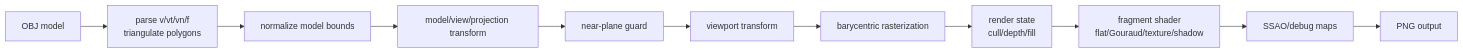
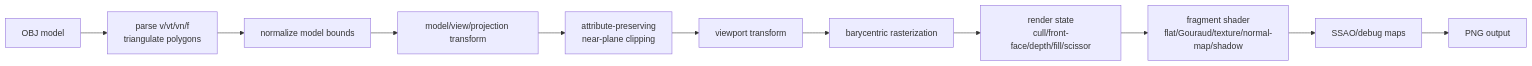
The diagram in docs/software-renderer.md (MysterionRise/octo-render), drawn with Mermaid before and after one commit. The commit also changed other lines of this file and 31 other files, not shown here.

````diff
--- a/docs/software-renderer.md
+++ b/docs/software-renderer.md
@@ -7,13 +7,13 @@
 ```mermaid
 flowchart LR
     OBJ["OBJ model"] --> Parse["parse v/vt/vn/f\ntriangulate polygons"]
     Parse --> Normalize["normalize model bounds"]
     Normalize --> Vertex["model/view/projection transform"]
-    Vertex --> Clip["near-plane guard"]
+    Vertex --> Clip["attribute-preserving\nnear-plane clipping"]
     Clip --> Viewport["viewport transform"]
     Viewport --> Raster["barycentric rasterization"]
-    Raster --> State["render state\ncull/depth/fill"]
-    State --> Fragment["fragment shader\nflat/Gouraud/texture/shadow"]
+    Raster --> State["render state\ncull/front-face/depth/fill/scissor"]
+    State --> Fragment["fragment shader\nflat/Gouraud/texture/normal-map/shadow"]
     Fragment --> Post["SSAO/debug maps"]
     Post --> PNG["PNG output"]
 ```
````
